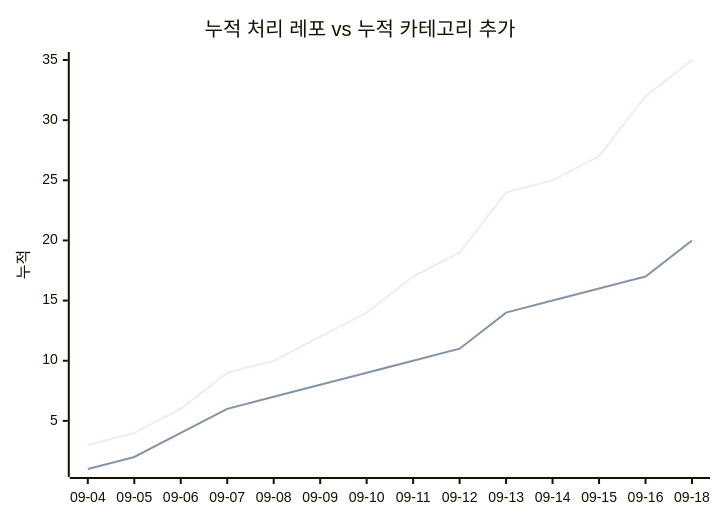
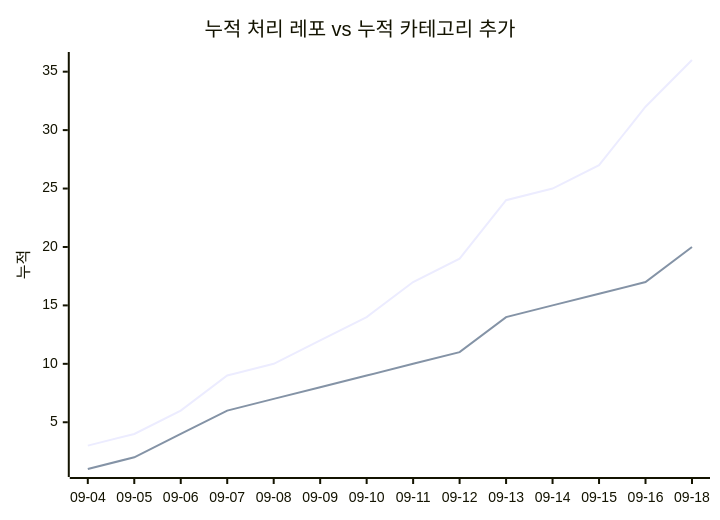
Before and after one commit to J-nowcow/awesome-korean-agent-skills: the second of 2 diagrams in docs/trends.md, drawn with Mermaid. The commit also changed other lines of this file and 2 other files, not shown here.

````diff
--- a/docs/trends.md
+++ b/docs/trends.md
@@ -68,8 +68,8 @@
 ```mermaid
 xychart-beta
     title "누적 처리 레포 vs 누적 카테고리 추가"
     x-axis ["09-04","09-05","09-06","09-07","09-08","09-09","09-10","09-11","09-12","09-13","09-14","09-15","09-16","09-18"]
     y-axis "누적"
-    line [3,4,6,9,10,12,14,17,19,24,25,27,32,35]
+    line [3,4,6,9,10,12,14,17,19,24,25,27,32,36]
     line [1,2,4,6,7,8,9,10,11,14,15,16,17,20]
 ```
````
